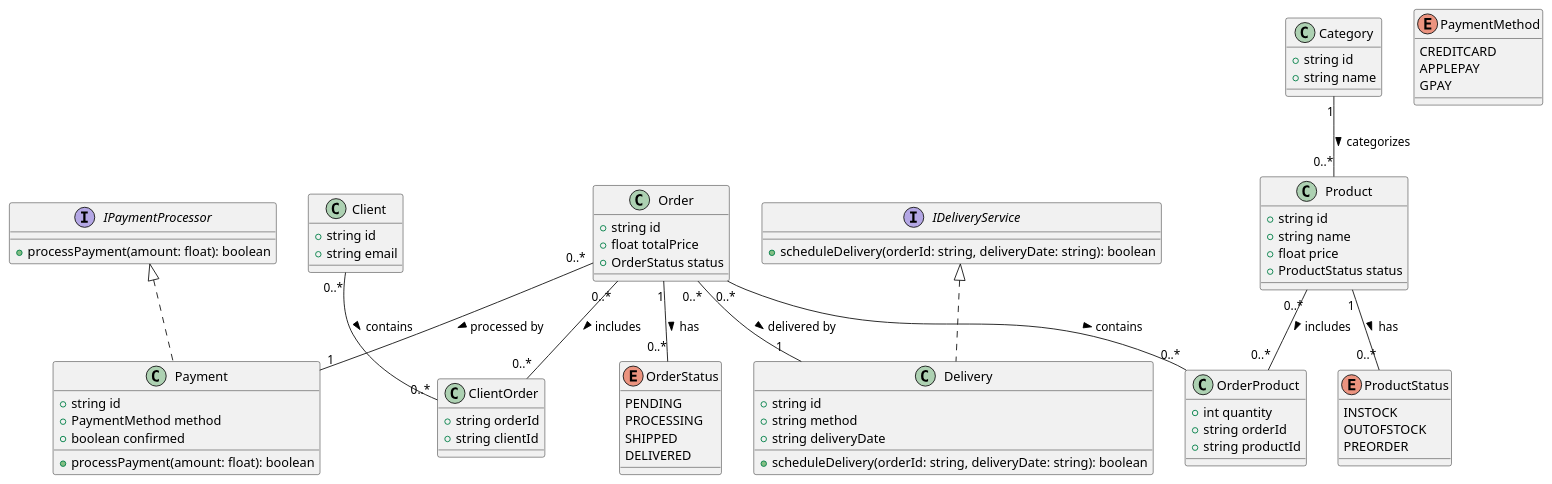
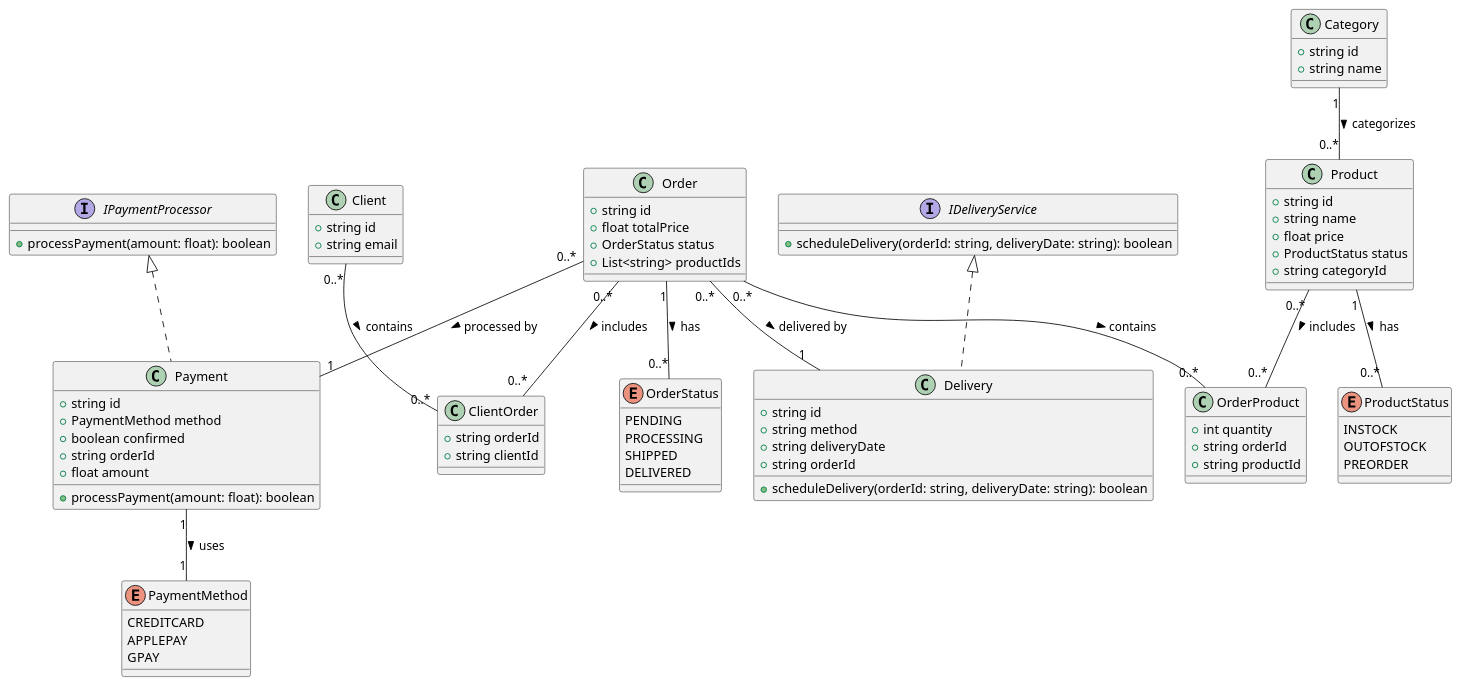
One commit to Jiri1708/bpAPImigrations changed the diagram in classDiagram.puml. Above: the diagram before and after it, drawn with PlantUML.

Commit message:
add categoryId to Product and update relationships in classDiagram.puml

```diff
--- a/classDiagram.puml
+++ b/classDiagram.puml
@@ -1,92 +1,98 @@
 @startuml
 
 interface IPaymentProcessor {
     +processPayment(amount: float): boolean
 }
 
 interface IDeliveryService {
     +scheduleDelivery(orderId: string, deliveryDate: string): boolean
 }
 
 class ClientOrder {
     +string orderId
     +string clientId
 }
 
 class Client {
     +string id
     +string email
 }
 
 class OrderProduct {
     +int quantity
     +string orderId
     +string productId
 }
 
 class Product {
     +string id
     +string name
     +float price
     +ProductStatus status
+    +string categoryId
 }
 
 enum ProductStatus {
     INSTOCK
     OUTOFSTOCK
     PREORDER
 }
 
 class Category {
     +string id
     +string name
 }
 
 class Order {
     +string id
     +float totalPrice
     +OrderStatus status
+    +List<string> productIds
 }
 
 class Payment implements IPaymentProcessor {
     +string id
     +PaymentMethod method
     +boolean confirmed
+    +string orderId
+    +float amount
 
     +processPayment(amount: float): boolean
 }
 
 enum PaymentMethod {
     CREDITCARD
     APPLEPAY
     GPAY
 }
 
 class Delivery implements IDeliveryService {
     +string id
     +string method
     +string deliveryDate
+    +string orderId
 
     +scheduleDelivery(orderId: string, deliveryDate: string): boolean
 }
 
 enum OrderStatus {
     PENDING
     PROCESSING
     SHIPPED
     DELIVERED
 }
 
 Order "1" -- "0..*" OrderStatus : has >
 Product "1" -- "0..*" ProductStatus : has >
 Order "0..*" -- "1" Payment : processed by >
 Order "0..*" -- "1" Delivery : delivered by >
 Category "1" -- "0..*" Product : categorizes >
+Payment "1" -- "1" PaymentMethod : uses >
 
 ' Many-to-Many relationship between Order and Product
 Order "0..*" -- "0..*" OrderProduct : contains >
 Product "0..*" -- "0..*" OrderProduct : includes >
 Client "0..*" -- "0..*" ClientOrder : contains >
 Order "0..*" -- "0..*" ClientOrder : includes >
 
 @enduml
```
